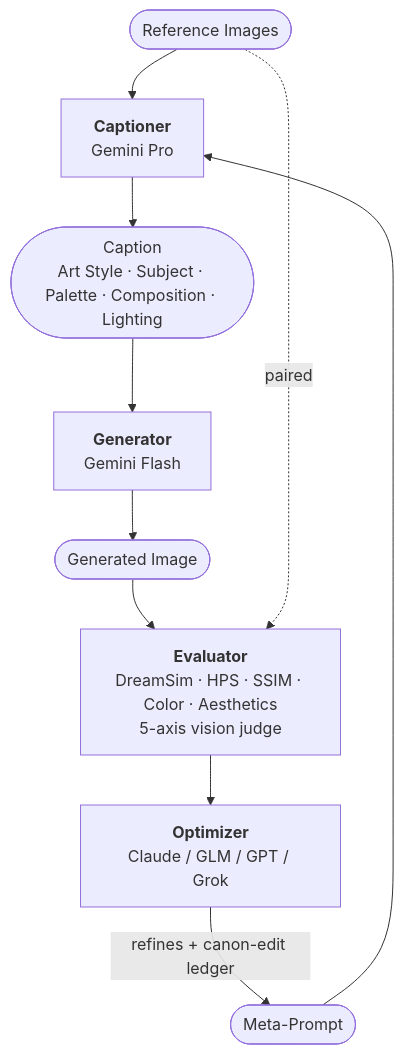
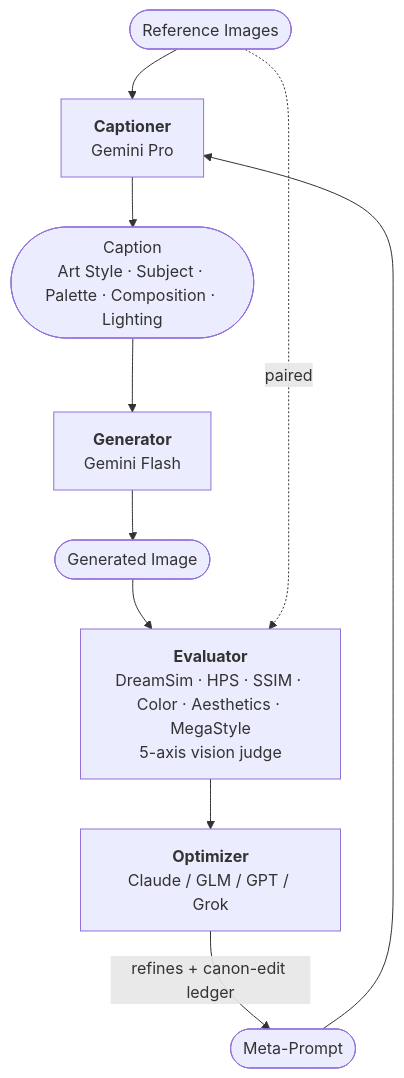
Before and after one commit to olfronar/art_style_search: the diagram in README.md, drawn with Mermaid. The commit also changed other lines of this file and 13 other files, not shown here.

````diff
--- a/README.md
+++ b/README.md
@@ -11,22 +11,22 @@
 ```mermaid
 flowchart TD
     refs([Reference Images])
     mp([Meta-Prompt])
     capt([Caption<br/>Art Style · Subject · Palette · Composition · Lighting])
     img([Generated Image])
 
     cap["<b>Captioner</b><br/>Gemini Pro"]
     gen["<b>Generator</b><br/>Gemini Flash"]
-    eval["<b>Evaluator</b><br/>DreamSim · HPS · SSIM · Color · Aesthetics<br/>5-axis vision judge"]
+    eval["<b>Evaluator</b><br/>DreamSim · HPS · SSIM · Color · Aesthetics · MegaStyle<br/>5-axis vision judge"]
     opt["<b>Optimizer</b><br/>Claude / GLM / GPT / Grok"]
 
     refs --> cap
     mp --> cap
     cap --> capt
     capt --> gen
     gen --> img
     img --> eval
     refs -.paired.-> eval
     eval --> opt
     opt -->|refines + canon-edit ledger| mp
 ```
````
